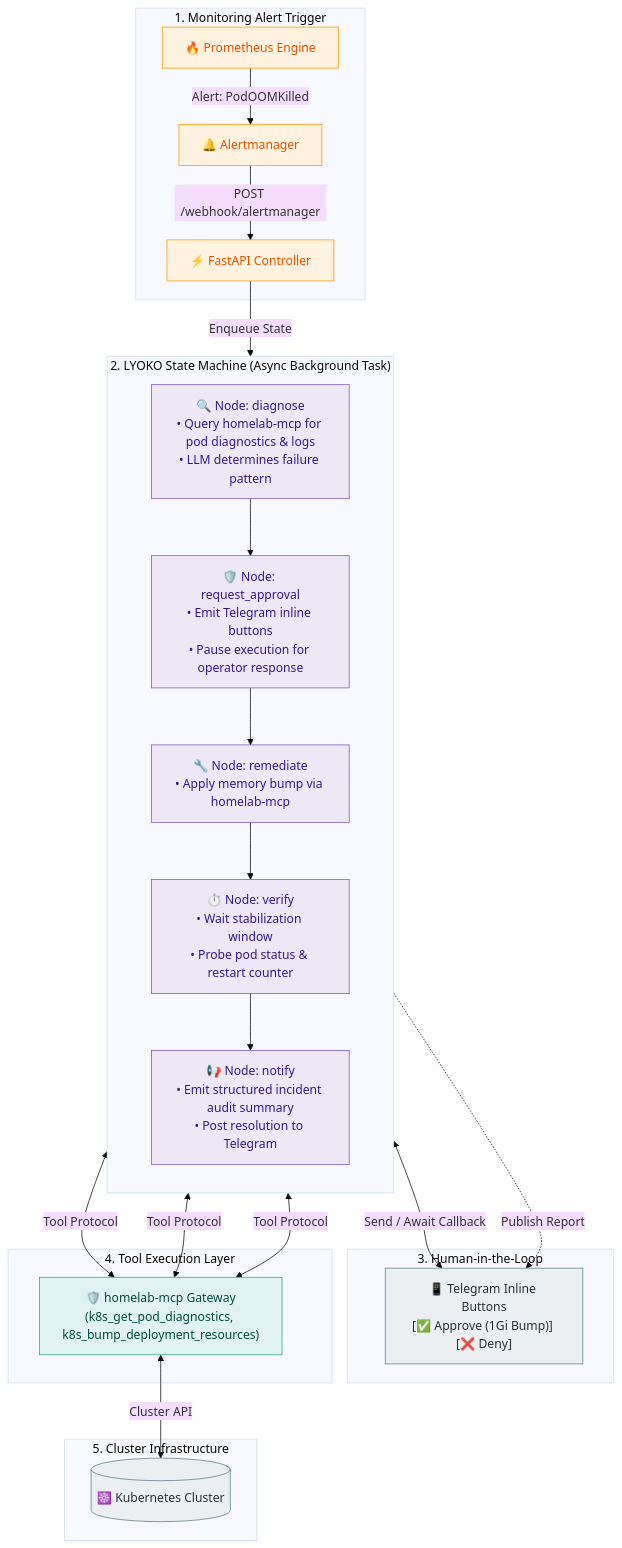
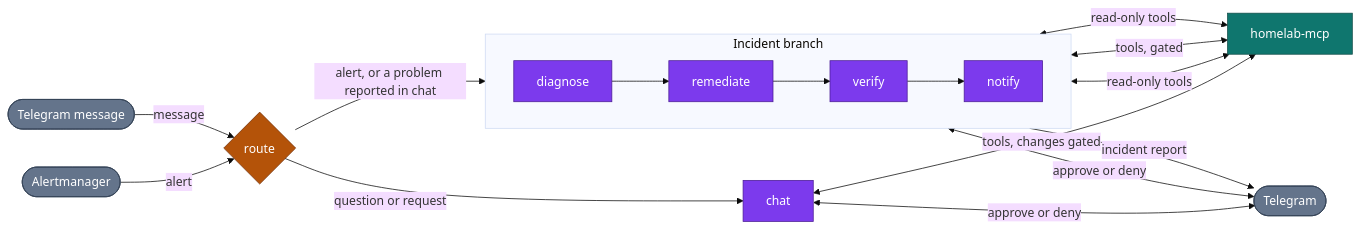
The diagram in packages/agents/lyoko/README.md (csp33/homelab-ai-ops), drawn with Mermaid (base theme) before and after one commit. The commit also changed other lines of this file and 41 other files, not shown here.

First line of the commit message:
feat(lyoko): one routed graph for chat and alerts, approval gate, and guardrail fix (#17)

````diff
--- a/packages/agents/lyoko/README.md
+++ b/packages/agents/lyoko/README.md
@@ -79,46 +21,33 @@
 ```mermaid
-flowchart TD
-    subgraph Trigger ["1. Monitoring Alert Trigger"]
-        PROM["🔥 Prometheus Engine"] -->|Alert: PodOOMKilled| AM["🔔 Alertmanager"]
-        AM -->|POST /webhook/alertmanager| EP["⚡ FastAPI Controller"]
+flowchart LR
+    AM([Alertmanager]) -->|alert| RT
+    MSG([Telegram message]) -->|message| RT
+    RT{route}
+
+    RT -->|question or request| C[chat]
+    RT -->|alert, or a problem reported in chat| D
+
+    subgraph INC["Incident branch"]
+        direction LR
+        D[diagnose] --> R[remediate] --> V[verify] --> N[notify]
     end
 
-    subgraph LangGraph_Agent ["2. LYOKO State Machine (Async Background Task)"]
-        direction TB
-        N1["🔍 Node: diagnose<br/>• Query homelab-mcp for pod diagnostics & logs<br/>• LLM determines failure pattern"]
-        N2["🛡️ Node: request_approval<br/>• Emit Telegram inline buttons<br/>• Pause execution for operator response"]
-        N3["🔧 Node: remediate<br/>• Apply memory bump via homelab-mcp"]
-        N4["⏱️ Node: verify<br/>• Wait stabilization window<br/>• Probe pod status & restart counter"]
-        N5["📢 Node: notify<br/>• Emit structured incident audit summary<br/>• Post resolution to Telegram"]
+    C <-->|tools, changes gated| MCP[homelab-mcp]
+    D <-->|read-only tools| MCP
+    R <-->|tools, gated| MCP
+    V <-->|read-only tools| MCP
 
-        N1 --> N2 --> N3 --> N4 --> N5
-    end
+    C <-->|approve or deny| TG([Telegram])
+    R <-->|approve or deny| TG
+    N -->|incident report| TG
 
-    subgraph Operator ["3. Human-in-the-Loop"]
-        TG_UI["📱 Telegram Inline Buttons<br/>[✅ Approve (1Gi Bump)] [❌ Deny]"]
-    end
+    classDef external fill:#64748b,stroke:#334155,color:#fff;
+    classDef router fill:#b45309,stroke:#78350f,color:#fff;
+    classDef step fill:#7c3aed,stroke:#4c1d95,color:#fff;
+    classDef gateway fill:#0f766e,stroke:#134e4a,color:#fff;
 
-    subgraph Tool_Gateway ["4. Tool Execution Layer"]
-        MCP["🛡️ homelab-mcp Gateway<br/>(k8s_get_pod_diagnostics, k8s_bump_deployment_resources)"]
-    end
-
-    subgraph Cluster ["5. Cluster Infrastructure"]
-        K8S[("☸️ Kubernetes Cluster")]
-    end
-
-    EP -->|Enqueue State| N1
-    N2 <-->|Send / Await Callback| TG_UI
-    N1 & N3 & N4 <-->|Tool Protocol| MCP
-    MCP <-->|Cluster API| K8S
-    N5 -.->|Publish Report| TG_UI
-
-    classDef trigger fill:#fff3e0,stroke:#ff9800,stroke-width:1px,color:#e65100;
-    classDef agent fill:#ede7f6,stroke:#7e57c2,stroke-width:1px,color:#311b92;
-    classDef gateway fill:#e0f2f1,stroke:#26a69a,stroke-width:1px,color:#004d40;
-    classDef target fill:#eceff1,stroke:#607d8b,stroke-width:1px,color:#263238;
-
-    class PROM,AM,EP trigger;
-    class N1,N2,N3,N4,N5 agent;
+    class AM,MSG,TG external;
+    class RT router;
+    class C,D,R,V,N step;
     class MCP gateway;
-    class K8S,TG_UI target;
 ```
````
